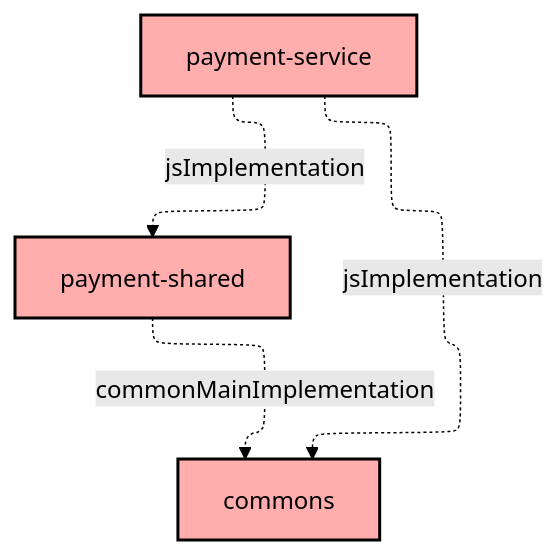
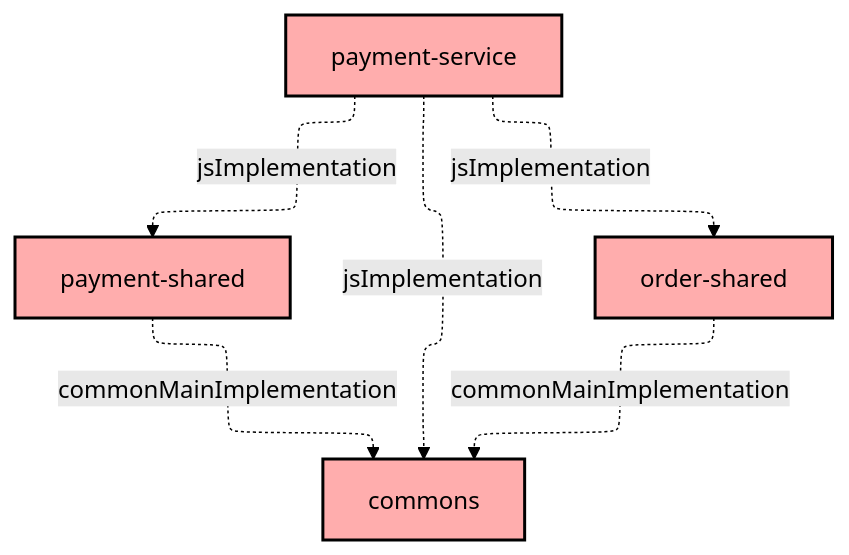
Before and after one commit to Norby99/munchies: the diagram in payment-service/README.md, drawn with Mermaid (forest theme). The commit also changed 5 other files, not shown here.

````diff
--- a/payment-service/README.md
+++ b/payment-service/README.md
@@ -6,18 +6,21 @@
 ```mermaid
 ---
 config:
   layout: elk
   elk:
     nodePlacementStrategy: SIMPLE
 ---
 graph TB
   :payment-shared[payment-shared]:::unknown
   :payment-service[payment-service]:::unknown
+  :order-shared[order-shared]:::unknown
   :commons[commons]:::unknown
 
+  :order-shared -.->|commonMainImplementation| :commons
   :payment-service -.->|jsImplementation| :commons
+  :payment-service -.->|jsImplementation| :order-shared
   :payment-service -.->|jsImplementation| :payment-shared
   :payment-shared -.->|commonMainImplementation| :commons
 
 classDef unknown fill:#FFADAD,stroke:#000,stroke-width:2px,color:#000;
 ```
````
